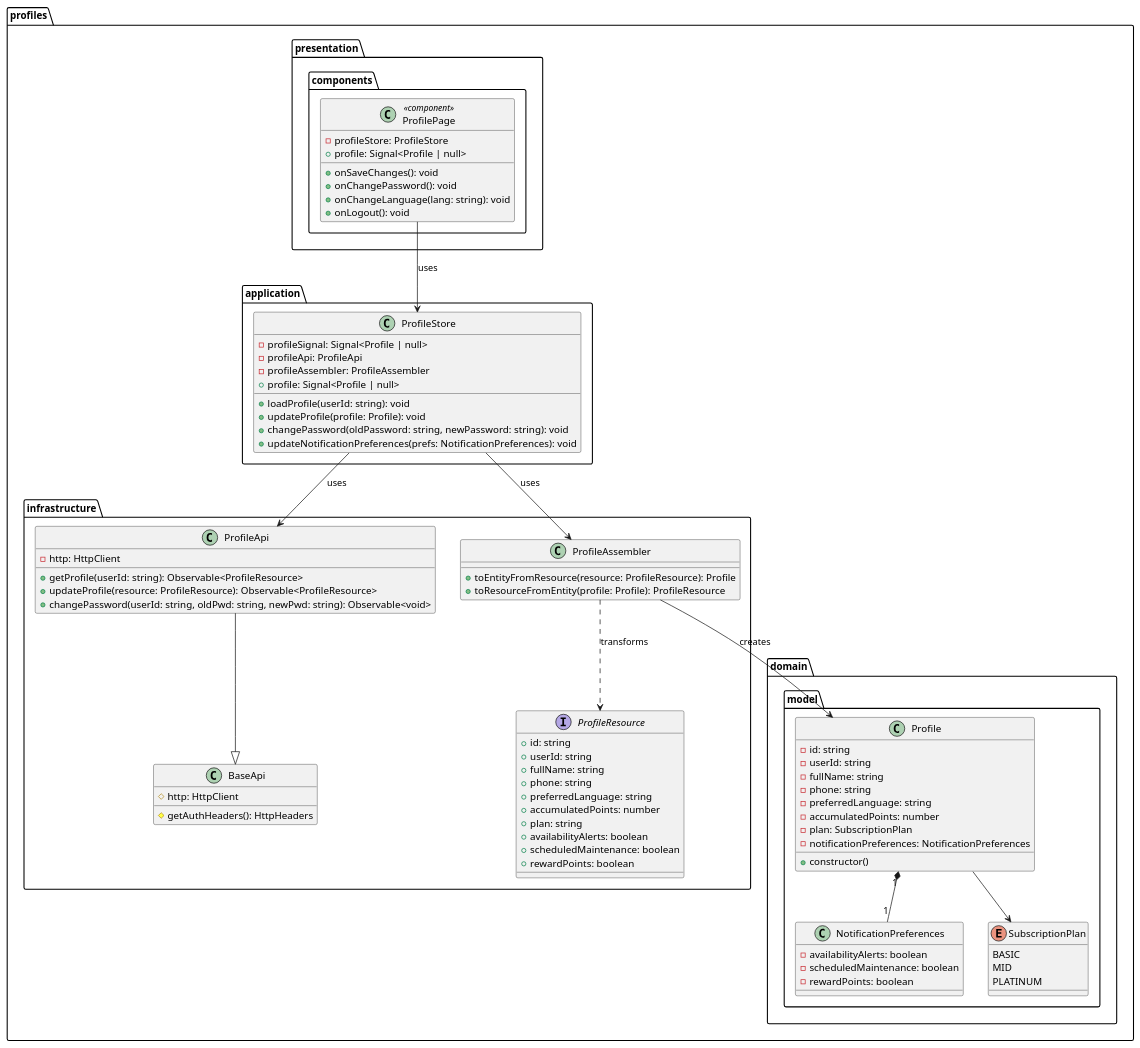
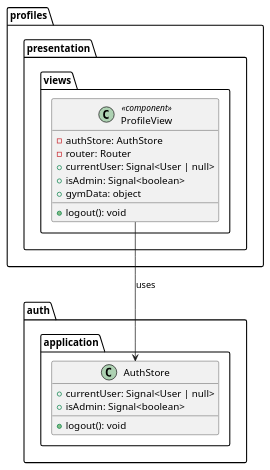
The diagram in docs/class-diagrams-frontend/class-diagram-profiles.puml (SpotTrack-1ASI0729-2610-11881/spottrack-report), drawn with PlantUML before and after one commit. The commit also changed 13 other files, not shown here.

Commit message:
docs: update class diagrams frontend

```diff
--- a/docs/class-diagrams-frontend/class-diagram-profiles.puml
+++ b/docs/class-diagrams-frontend/class-diagram-profiles.puml
@@ -1,89 +1,24 @@
 @startuml BC-02_Profiles
 
-package "profiles.domain.model" {
-  class Profile {
-    - id: string
-    - userId: string
-    - fullName: string
-    - phone: string
-    - preferredLanguage: string
-    - accumulatedPoints: number
-    - plan: SubscriptionPlan
-    - notificationPreferences: NotificationPreferences
-    + constructor()
-  }
-  class NotificationPreferences {
-    - availabilityAlerts: boolean
-    - scheduledMaintenance: boolean
-    - rewardPoints: boolean
-  }
-  enum SubscriptionPlan {
-    BASIC
-    MID
-    PLATINUM
+package "auth.application" {
+  class AuthStore {
+    + currentUser: Signal<User | null>
+    + isAdmin: Signal<boolean>
+    + logout(): void
   }
 }
 
-package "profiles.application" {
-  class ProfileStore {
-    - profileSignal: Signal<Profile | null>
-    - profileApi: ProfileApi
-    - profileAssembler: ProfileAssembler
-    + profile: Signal<Profile | null>
-    + loadProfile(userId: string): void
-    + updateProfile(profile: Profile): void
-    + changePassword(oldPassword: string, newPassword: string): void
-    + updateNotificationPreferences(prefs: NotificationPreferences): void
+package "profiles.presentation.views" {
+  class ProfileView <<component>> {
+    - authStore: AuthStore
+    - router: Router
+    + currentUser: Signal<User | null>
+    + isAdmin: Signal<boolean>
+    + gymData: object
+    + logout(): void
   }
 }
 
-package "profiles.infrastructure" {
-  class ProfileApi {
-    - http: HttpClient
-    + getProfile(userId: string): Observable<ProfileResource>
-    + updateProfile(resource: ProfileResource): Observable<ProfileResource>
-    + changePassword(userId: string, oldPwd: string, newPwd: string): Observable<void>
-  }
-  interface ProfileResource {
-    + id: string
-    + userId: string
-    + fullName: string
-    + phone: string
-    + preferredLanguage: string
-    + accumulatedPoints: number
-    + plan: string
-    + availabilityAlerts: boolean
-    + scheduledMaintenance: boolean
-    + rewardPoints: boolean
-  }
-  class ProfileAssembler {
-    + toEntityFromResource(resource: ProfileResource): Profile
-    + toResourceFromEntity(profile: Profile): ProfileResource
-  }
-  class BaseApi {
-    # http: HttpClient
-    # getAuthHeaders(): HttpHeaders
-  }
-}
-
-package "profiles.presentation.components" {
-  class ProfilePage <<component>> {
-    - profileStore: ProfileStore
-    + profile: Signal<Profile | null>
-    + onSaveChanges(): void
-    + onChangePassword(): void
-    + onChangeLanguage(lang: string): void
-    + onLogout(): void
-  }
-}
-
-ProfileApi --|> BaseApi
-ProfileStore --> ProfileApi : uses
-ProfileStore --> ProfileAssembler : uses
-ProfileAssembler ..> ProfileResource : transforms
-ProfileAssembler --> Profile : creates
-ProfilePage --> ProfileStore : uses
-Profile "1" *-- "1" NotificationPreferences
-Profile --> SubscriptionPlan
+ProfileView --> AuthStore : uses
 
 @enduml
```
